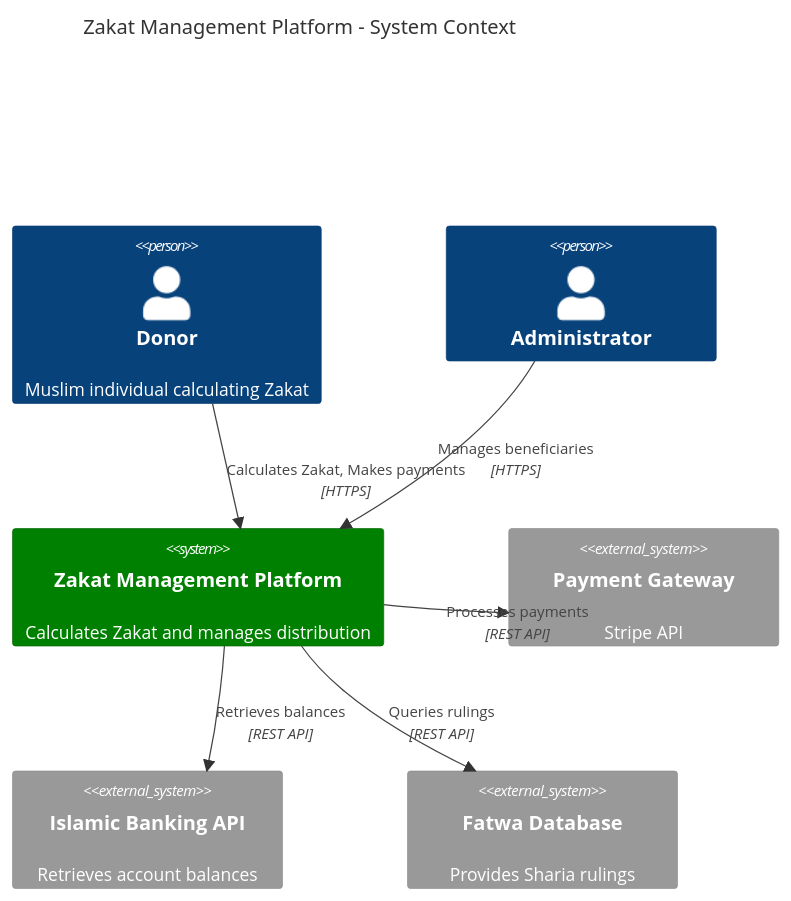
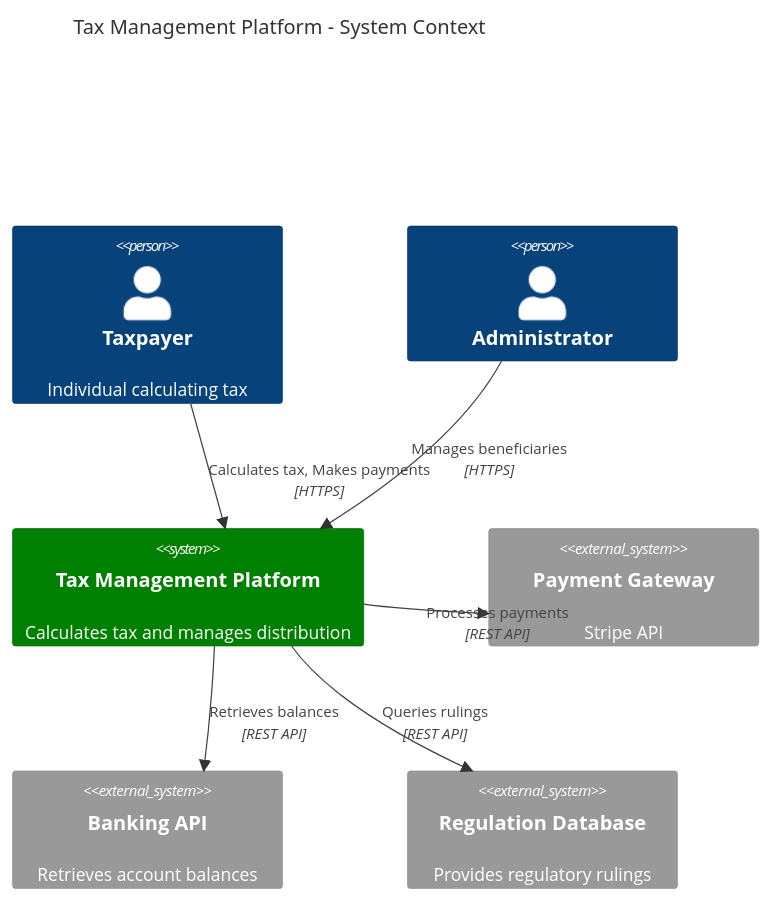
One commit to wahidyankf/open-sharia-enterprise changed the sixth of 9 diagrams in docs/explanation/software/architecture/c4-architecture-model/ex-so-ar-c4armo__14-best-practices.md. Above: the diagram before and after it, drawn with Mermaid. The commit also changed other lines of this file and 94 other files, not shown here.

````diff
--- a/docs/explanation/software/architecture/c4-architecture-model/ex-so-ar-c4armo__14-best-practices.md
+++ b/docs/explanation/software/architecture/c4-architecture-model/ex-so-ar-c4armo__14-best-practices.md
@@ -288,21 +288,21 @@
 ```mermaid
 C4Context
-    title Zakat Management Platform - System Context
+    title Tax Management Platform - System Context
 
-    Person(donor, "Donor", "Muslim individual calculating Zakat")
+    Person(taxpayer, "Taxpayer", "Individual calculating tax")
     Person(admin, "Administrator")
 
-    System(zakat, "Zakat Management Platform", "Calculates Zakat and manages distribution")
+    System(tax, "Tax Management Platform", "Calculates tax and manages distribution")
 
     System_Ext(payment, "Payment Gateway", "Stripe API")
-    System_Ext(bank, "Islamic Banking API", "Retrieves account balances")
-    System_Ext(scholar, "Fatwa Database", "Provides Sharia rulings")
+    System_Ext(bank, "Banking API", "Retrieves account balances")
+    System_Ext(scholar, "Regulation Database", "Provides regulatory rulings")
 
-    Rel(donor, zakat, "Calculates Zakat, Makes payments", "HTTPS")
-    Rel(admin, zakat, "Manages beneficiaries", "HTTPS")
-    Rel(zakat, payment, "Processes payments", "REST API")
-    Rel(zakat, bank, "Retrieves balances", "REST API")
-    Rel(zakat, scholar, "Queries rulings", "REST API")
+    Rel(taxpayer, tax, "Calculates tax, Makes payments", "HTTPS")
+    Rel(admin, tax, "Manages beneficiaries", "HTTPS")
+    Rel(tax, payment, "Processes payments", "REST API")
+    Rel(tax, bank, "Retrieves balances", "REST API")
+    Rel(tax, scholar, "Queries rulings", "REST API")
 
-    UpdateElementStyle(zakat, $fontColor="white", $bgColor="green", $borderColor="darkgreen")
+    UpdateElementStyle(tax, $fontColor="white", $bgColor="green", $borderColor="darkgreen")
 ```
````
